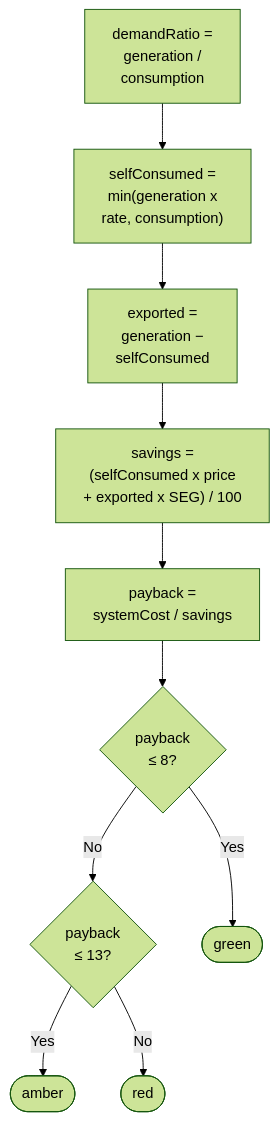
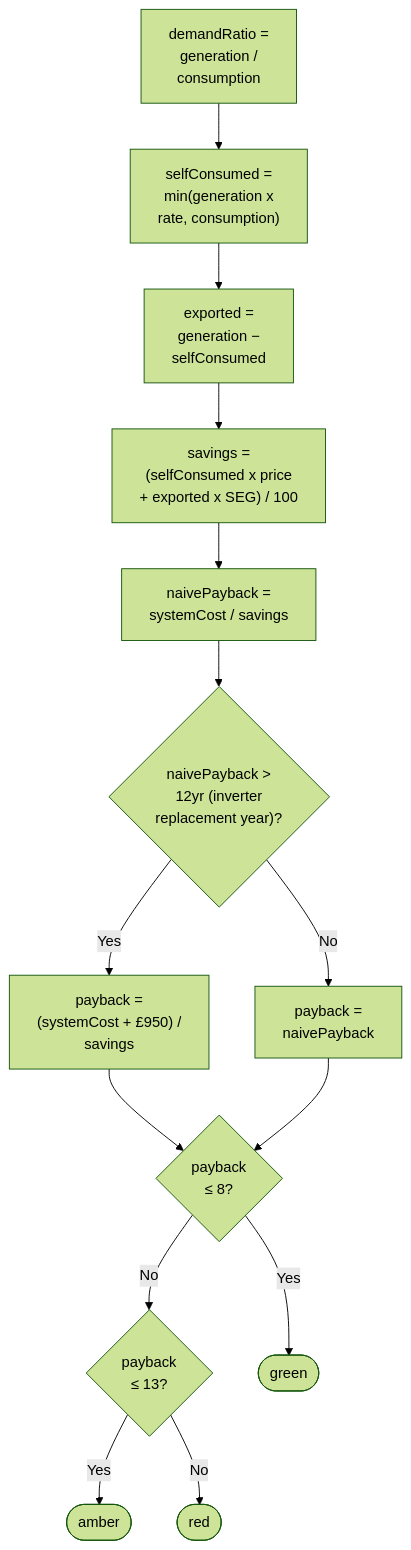
Before and after one commit to spallavi-stack/shubha-pm-portfolio: the seventh of 7 diagrams in projects/sunnysideup/docs/calculation-logic.md, drawn with Mermaid (forest theme). The commit also changed other lines of this file and 6 other files, not shown here.

````diff
--- a/projects/sunnysideup/docs/calculation-logic.md
+++ b/projects/sunnysideup/docs/calculation-logic.md
@@ -337,23 +337,30 @@
 ```mermaid
 flowchart TD
   F0["demandRatio =<br/>generation /<br/>consumption"]
   F1["selfConsumed =<br/>min(generation x<br/>rate, consumption)"]
   F2["exported =<br/>generation −<br/>selfConsumed"]
   F3["savings =<br/>(selfConsumed x price<br/>+ exported x SEG) / 100"]
-  F4["payback =<br/>systemCost / savings"]
+  F4["naivePayback =<br/>systemCost / savings"]
+  F4b{"naivePayback ><br/>12yr (inverter<br/>replacement year)?"}
+  F4c["payback =<br/>(systemCost + £950) /<br/>savings"]
+  F4d["payback =<br/>naivePayback"]
   F5{"payback<br/>≤ 8?"}
   F6{"payback<br/>≤ 13?"}
   Green(["green"])
   Amber(["amber"])
   Red(["red"])
 
   F0 --> F1
   F1 --> F2
   F2 --> F3
   F3 --> F4
-  F4 --> F5
+  F4 --> F4b
+  F4b -->|Yes| F4c
+  F4b -->|No| F4d
+  F4c --> F5
+  F4d --> F5
   F5 -->|Yes| Green
   F5 -->|No| F6
   F6 -->|Yes| Amber
   F6 -->|No| Red
 ```
````
